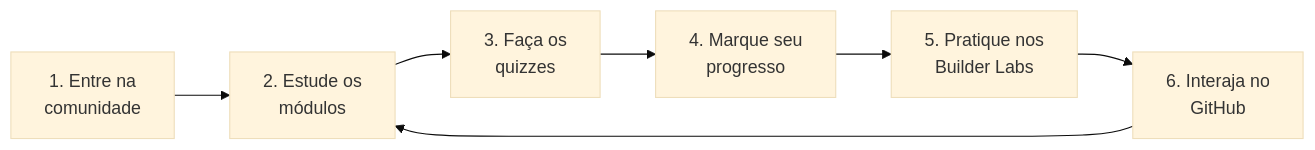
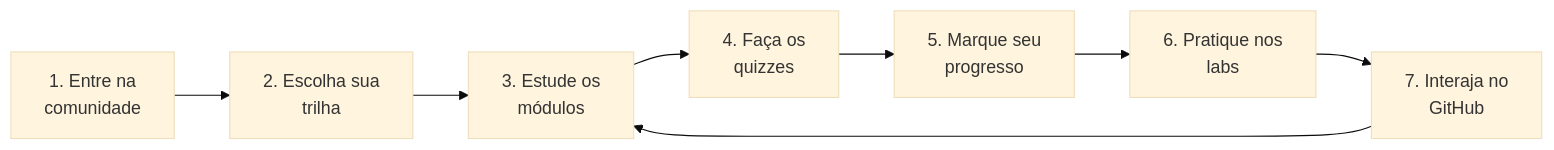
One commit to melissaalves-stack/awscloudfoundations changed the diagram in GUIA-DO-ALUNO.md. Above: the diagram before and after it, drawn with Mermaid (base theme). The commit also changed other lines of this file and 121 other files, not shown here.

````diff
--- a/GUIA-DO-ALUNO.md
+++ b/GUIA-DO-ALUNO.md
@@ -13,10 +13,10 @@
 ```mermaid
 flowchart LR
-    A["1. Entre na<br/>comunidade"] --> B["2. Estude os<br/>módulos"]
-    B --> C["3. Faça os<br/>quizzes"]
-    C --> D["4. Marque seu<br/>progresso"]
-    D --> E["5. Pratique nos<br/>Builder Labs"]
-    E --> F["6. Interaja no<br/>GitHub"]
-    F --> B
-
+    A["1. Entre na<br/>comunidade"] --> B["2. Escolha sua<br/>trilha"]
+    B --> C["3. Estude os<br/>módulos"]
+    C --> D["4. Faça os<br/>quizzes"]
+    D --> E["5. Marque seu<br/>progresso"]
+    E --> F["6. Pratique nos<br/>labs"]
+    F --> G["7. Interaja no<br/>GitHub"]
+    G --> C
 ```
````
